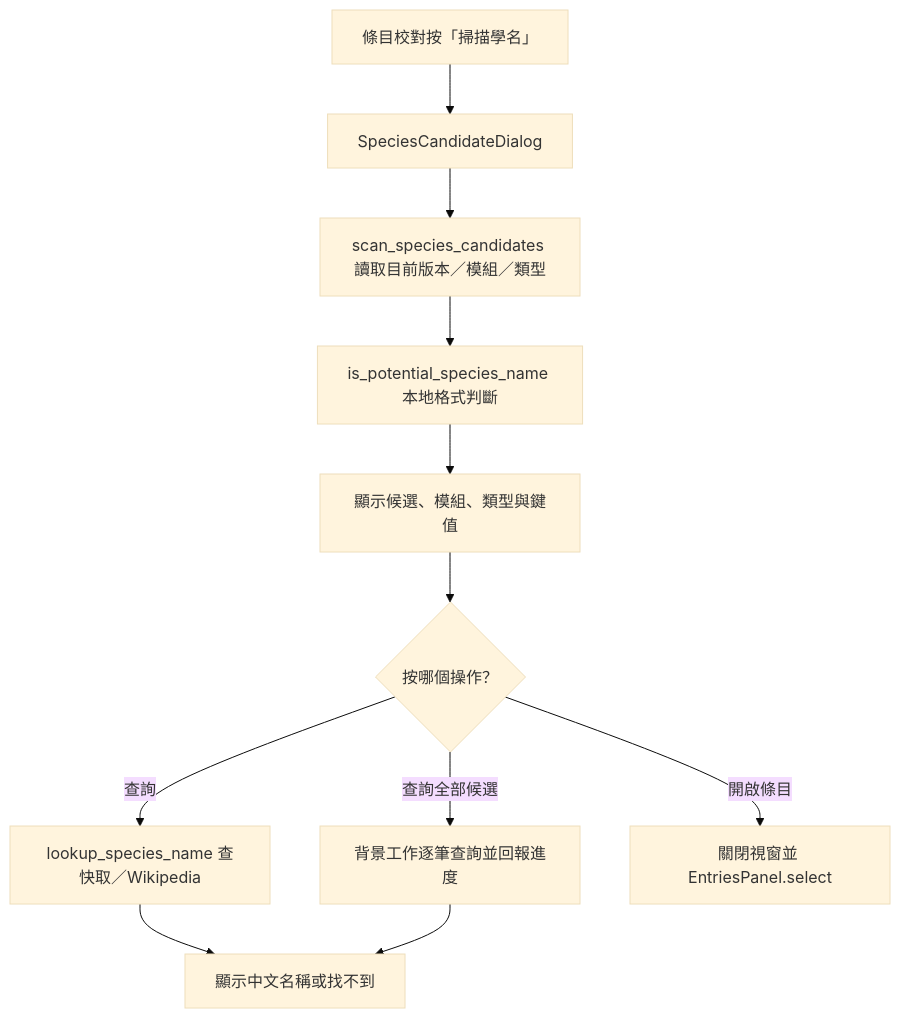
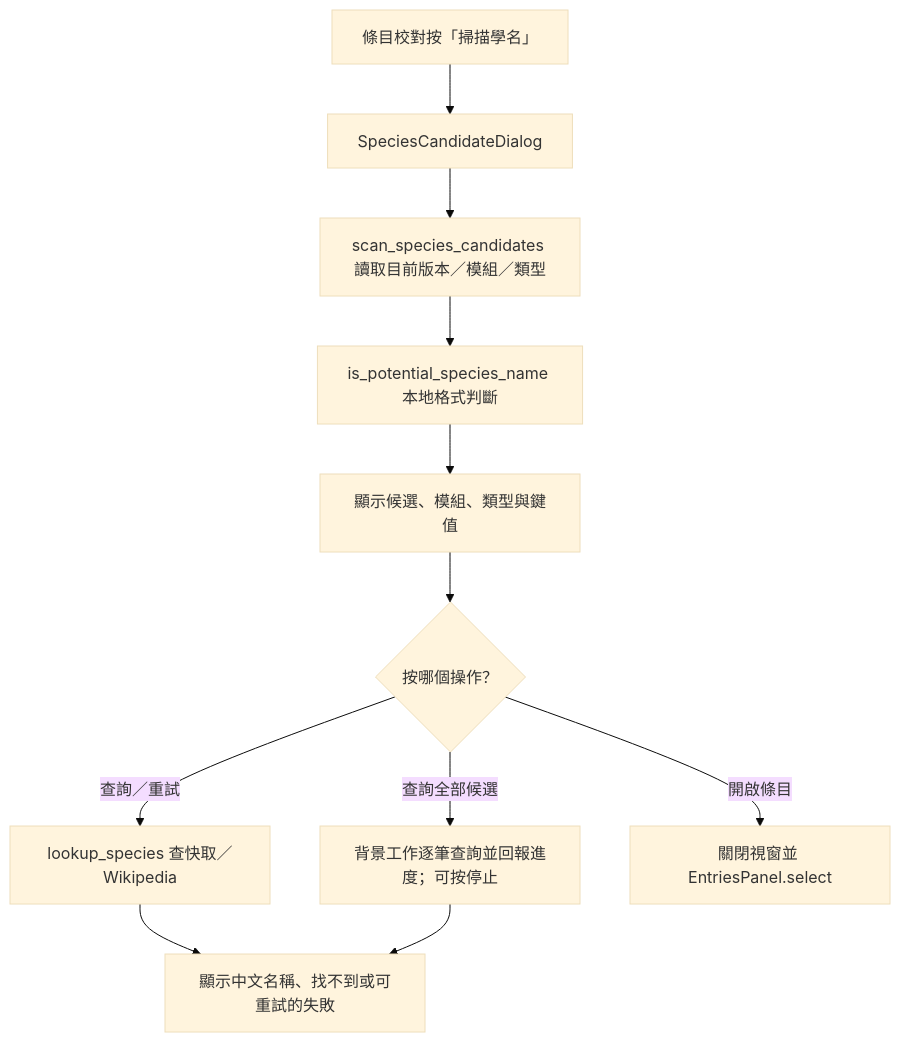
The fourth of 7 diagrams in docs/page_flows/moddb.md (jlin53882/Minecraft-translate), drawn with Mermaid (base theme) before and after one commit. The commit also changed other lines of this file and 8 other files, not shown here.

First line of the commit message:
fix(moddb): species scan cancel/retry, lookup status, single-flight cache, row layout

````diff
--- a/docs/page_flows/moddb.md
+++ b/docs/page_flows/moddb.md
@@ -81,13 +81,13 @@
 ```mermaid
 flowchart TD
     A["條目校對按「掃描學名」"] --> B["SpeciesCandidateDialog"]
     B --> C["scan_species_candidates 讀取目前版本／模組／類型"]
     C --> D["is_potential_species_name 本地格式判斷"]
     D --> E["顯示候選、模組、類型與鍵值"]
     E --> F{"按哪個操作？"}
-    F -- "查詢" --> G["lookup_species_name 查快取／Wikipedia"]
-    F -- "查詢全部候選" --> H["背景工作逐筆查詢並回報進度"]
+    F -- "查詢／重試" --> G["lookup_species 查快取／Wikipedia"]
+    F -- "查詢全部候選" --> H["背景工作逐筆查詢並回報進度；可按停止"]
     F -- "開啟條目" --> I["關閉視窗並 EntriesPanel.select"]
-    G --> J["顯示中文名稱或找不到"]
+    G --> J["顯示中文名稱、找不到或可重試的失敗"]
     H --> J
 ```
````
